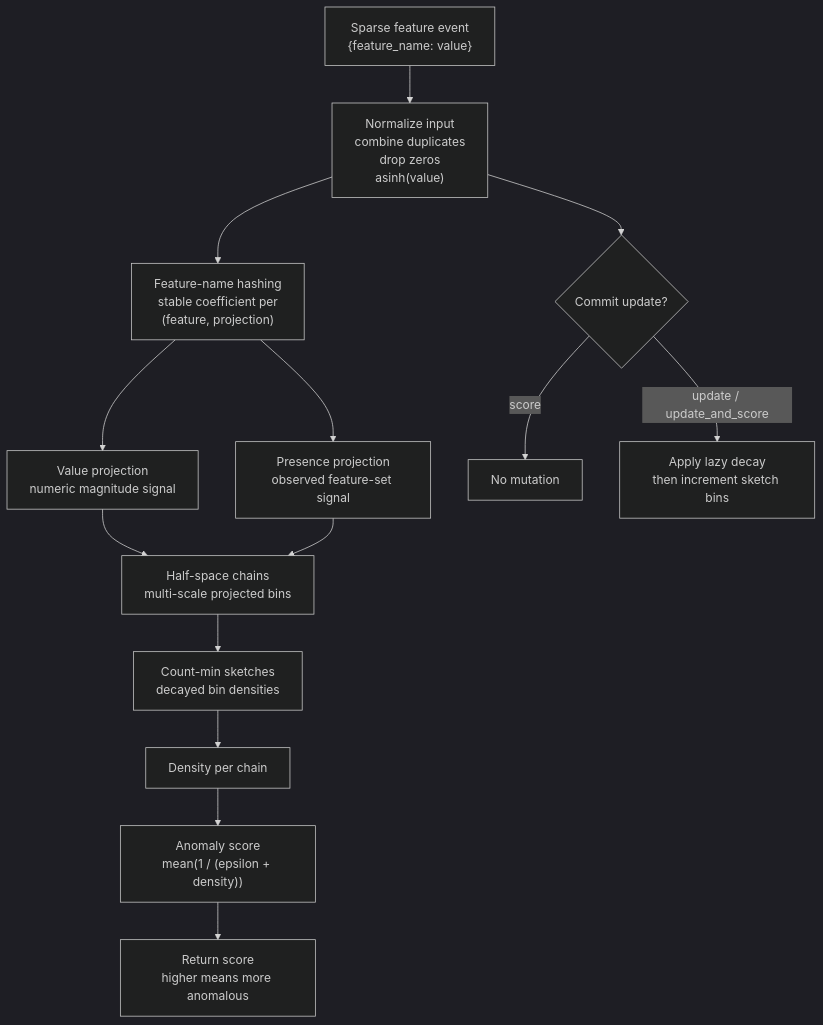
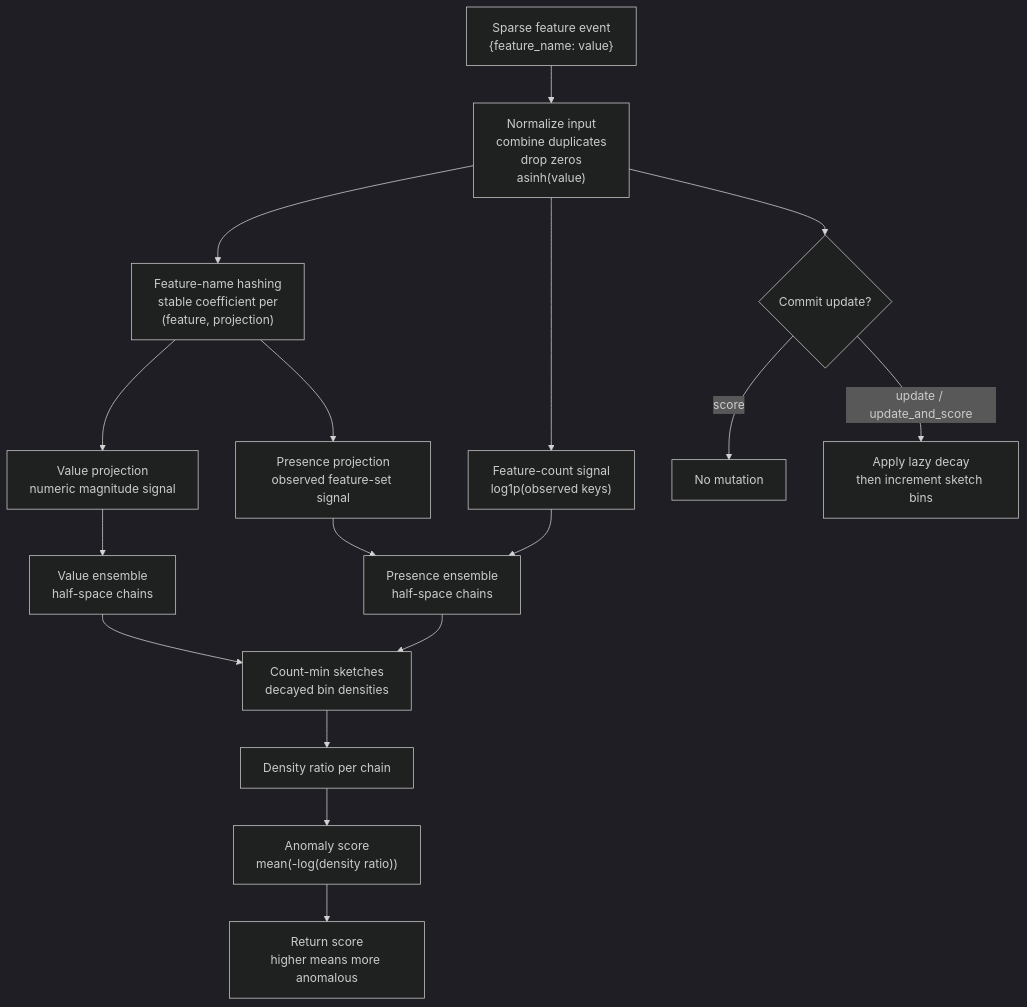
The first of 2 diagrams in research/featuresketch.md (Bing-su/rcf3), drawn with Mermaid (dark theme) before and after one commit. The commit also changed other lines of this file, not shown here.

````diff
--- a/research/featuresketch.md
+++ b/research/featuresketch.md
@@ -132,16 +132,19 @@
 ```mermaid
 flowchart TD
     A["Sparse feature event<br/>{feature_name: value}"] --> B["Normalize input<br/>combine duplicates<br/>drop zeros<br/>asinh(value)"]
     B --> C["Feature-name hashing<br/>stable coefficient per<br/>(feature, projection)"]
     C --> D["Value projection<br/>numeric magnitude signal"]
     C --> E["Presence projection<br/>observed feature-set signal"]
-    D --> F["Half-space chains<br/>multi-scale projected bins"]
-    E --> F
-    F --> G["Count-min sketches<br/>decayed bin densities"]
-    G --> H["Density per chain"]
-    H --> I["Anomaly score<br/>mean(1 / (epsilon + density))"]
-    I --> J["Return score<br/>higher means more anomalous"]
-    B --> K{"Commit update?"}
-    K -->|score| L["No mutation"]
-    K -->|update / update_and_score| M["Apply lazy decay<br/>then increment sketch bins"]
+    B --> F["Feature-count signal<br/>log1p(observed keys)"]
+    D --> G["Value ensemble<br/>half-space chains"]
+    E --> H["Presence ensemble<br/>half-space chains"]
+    F --> H
+    G --> I["Count-min sketches<br/>decayed bin densities"]
+    H --> I
+    I --> J["Density ratio per chain"]
+    J --> K["Anomaly score<br/>mean(-log(density ratio))"]
+    K --> L["Return score<br/>higher means more anomalous"]
+    B --> M{"Commit update?"}
+    M -->|score| N["No mutation"]
+    M -->|update / update_and_score| O["Apply lazy decay<br/>then increment sketch bins"]
 ```
````
